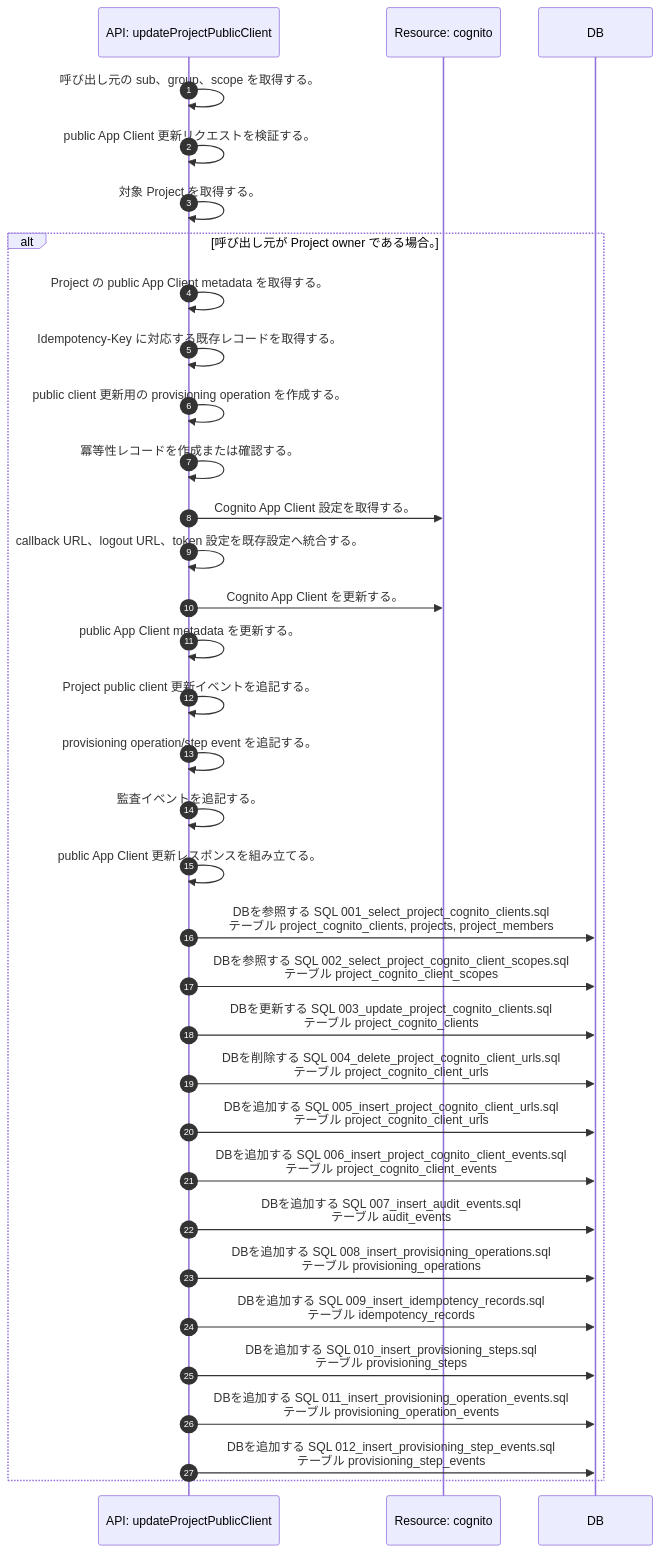
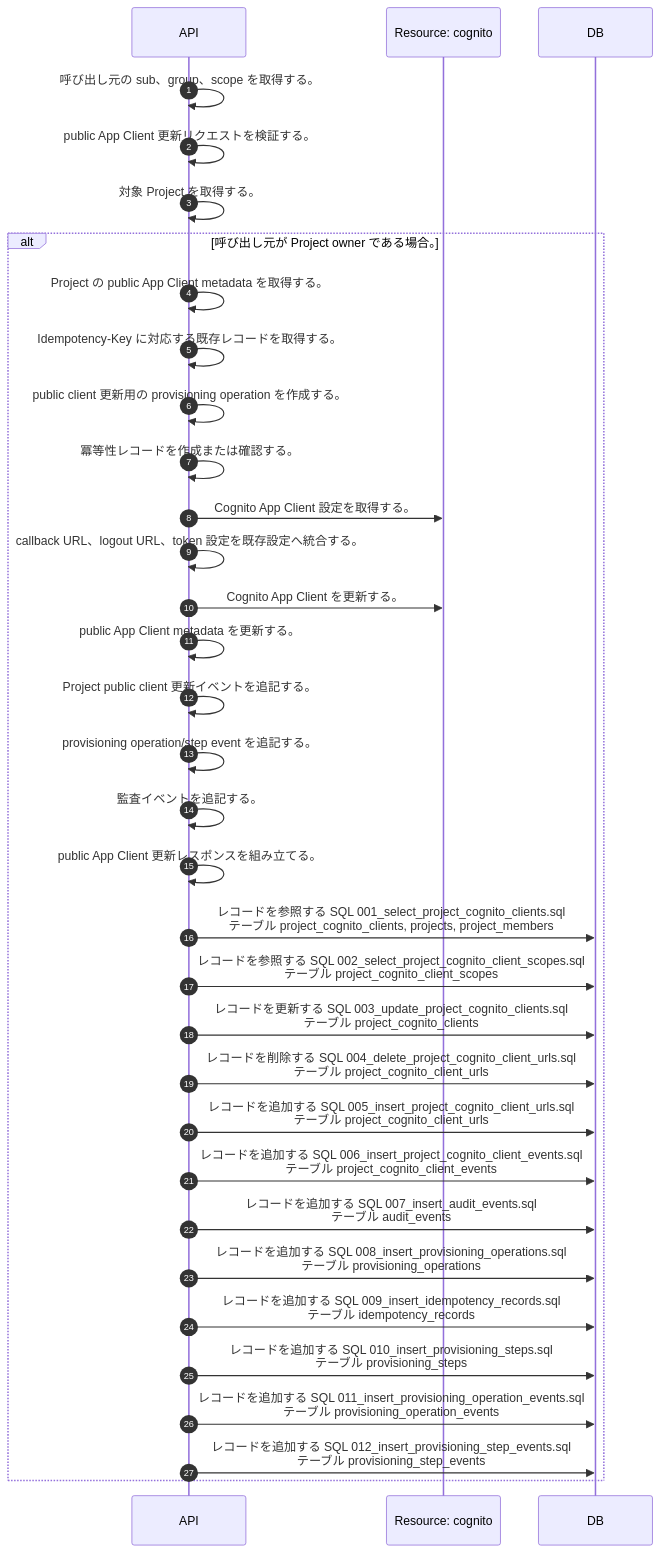
Before and after one commit to tsuji-tomonori/lazunex: the diagram in docs/spec/40.apis/projects/update_project_public_client/sequence_gen.md, drawn with Mermaid. The commit also changed 15 other files, not shown here.

First line of the commit message:
🐛 fix(api): sequenceのAPI名とDB操作表現を修正

````diff
--- a/docs/spec/40.apis/projects/update_project_public_client/sequence_gen.md
+++ b/docs/spec/40.apis/projects/update_project_public_client/sequence_gen.md
@@ -5,36 +5,36 @@
 ```mermaid
 sequenceDiagram
   autonumber
-  participant API as API: updateProjectPublicClient
+  participant API as API
   participant R_cognito as Resource: cognito
   participant DB as DB
   API->>API: 呼び出し元の sub、group、scope を取得する。
   API->>API: public App Client 更新リクエストを検証する。
   API->>API: 対象 Project を取得する。
   alt 呼び出し元が Project owner である場合。
     API->>API: Project の public App Client metadata を取得する。
     API->>API: Idempotency-Key に対応する既存レコードを取得する。
     API->>API: public client 更新用の provisioning operation を作成する。
     API->>API: 冪等性レコードを作成または確認する。
     API->>R_cognito: Cognito App Client 設定を取得する。
     API->>API: callback URL、logout URL、token 設定を既存設定へ統合する。
     API->>R_cognito: Cognito App Client を更新する。
     API->>API: public App Client metadata を更新する。
     API->>API: Project public client 更新イベントを追記する。
     API->>API: provisioning operation/step event を追記する。
     API->>API: 監査イベントを追記する。
     API->>API: public App Client 更新レスポンスを組み立てる。
-    API->>DB: DBを参照する SQL 001_select_project_cognito_clients.sql<br/>テーブル project_cognito_clients, projects, project_members
-    API->>DB: DBを参照する SQL 002_select_project_cognito_client_scopes.sql<br/>テーブル project_cognito_client_scopes
-    API->>DB: DBを更新する SQL 003_update_project_cognito_clients.sql<br/>テーブル project_cognito_clients
-    API->>DB: DBを削除する SQL 004_delete_project_cognito_client_urls.sql<br/>テーブル project_cognito_client_urls
-    API->>DB: DBを追加する SQL 005_insert_project_cognito_client_urls.sql<br/>テーブル project_cognito_client_urls
-    API->>DB: DBを追加する SQL 006_insert_project_cognito_client_events.sql<br/>テーブル project_cognito_client_events
-    API->>DB: DBを追加する SQL 007_insert_audit_events.sql<br/>テーブル audit_events
-    API->>DB: DBを追加する SQL 008_insert_provisioning_operations.sql<br/>テーブル provisioning_operations
-    API->>DB: DBを追加する SQL 009_insert_idempotency_records.sql<br/>テーブル idempotency_records
-    API->>DB: DBを追加する SQL 010_insert_provisioning_steps.sql<br/>テーブル provisioning_steps
-    API->>DB: DBを追加する SQL 011_insert_provisioning_operation_events.sql<br/>テーブル provisioning_operation_events
-    API->>DB: DBを追加する SQL 012_insert_provisioning_step_events.sql<br/>テーブル provisioning_step_events
+    API->>DB: レコードを参照する SQL 001_select_project_cognito_clients.sql<br/>テーブル project_cognito_clients, projects, project_members
+    API->>DB: レコードを参照する SQL 002_select_project_cognito_client_scopes.sql<br/>テーブル project_cognito_client_scopes
+    API->>DB: レコードを更新する SQL 003_update_project_cognito_clients.sql<br/>テーブル project_cognito_clients
+    API->>DB: レコードを削除する SQL 004_delete_project_cognito_client_urls.sql<br/>テーブル project_cognito_client_urls
+    API->>DB: レコードを追加する SQL 005_insert_project_cognito_client_urls.sql<br/>テーブル project_cognito_client_urls
+    API->>DB: レコードを追加する SQL 006_insert_project_cognito_client_events.sql<br/>テーブル project_cognito_client_events
+    API->>DB: レコードを追加する SQL 007_insert_audit_events.sql<br/>テーブル audit_events
+    API->>DB: レコードを追加する SQL 008_insert_provisioning_operations.sql<br/>テーブル provisioning_operations
+    API->>DB: レコードを追加する SQL 009_insert_idempotency_records.sql<br/>テーブル idempotency_records
+    API->>DB: レコードを追加する SQL 010_insert_provisioning_steps.sql<br/>テーブル provisioning_steps
+    API->>DB: レコードを追加する SQL 011_insert_provisioning_operation_events.sql<br/>テーブル provisioning_operation_events
+    API->>DB: レコードを追加する SQL 012_insert_provisioning_step_events.sql<br/>テーブル provisioning_step_events
   end
 ```
````
